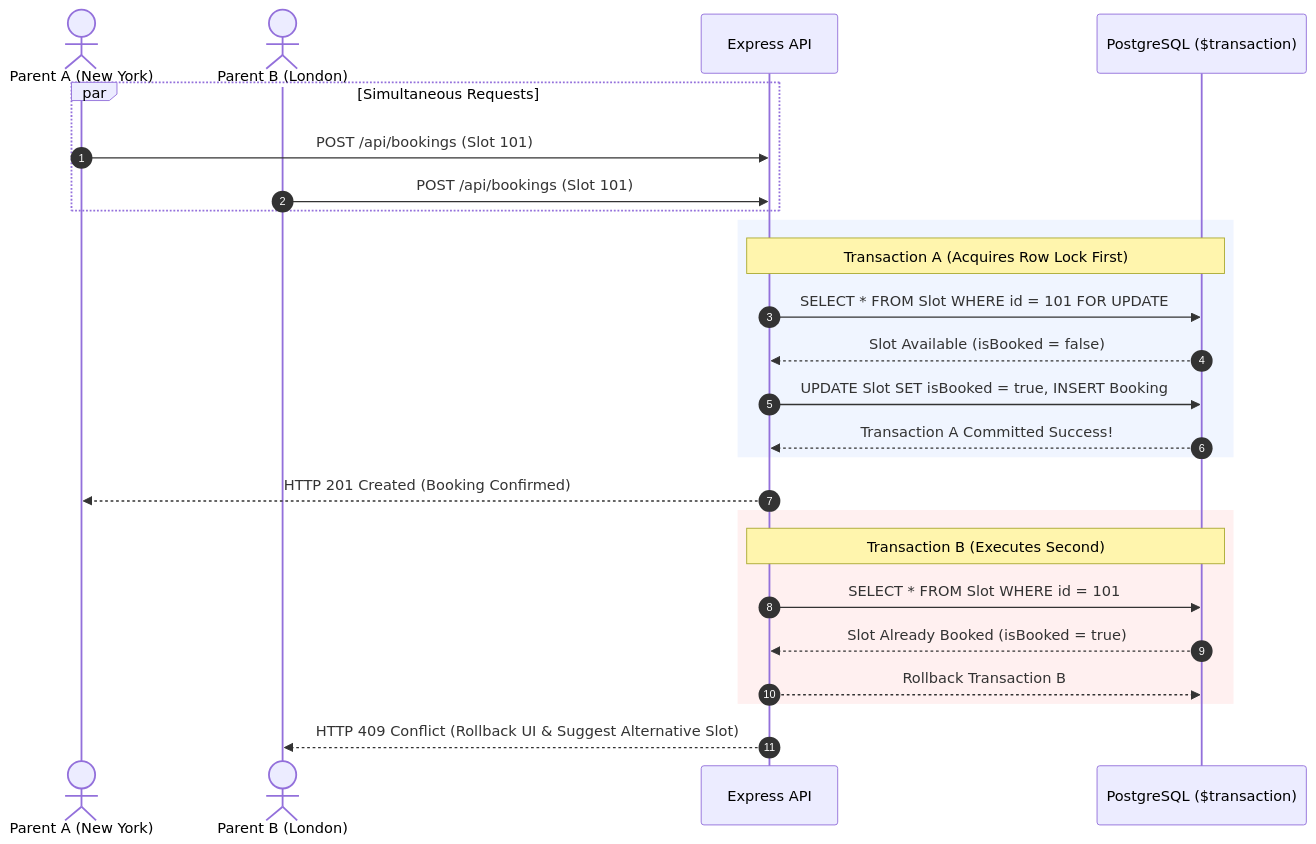
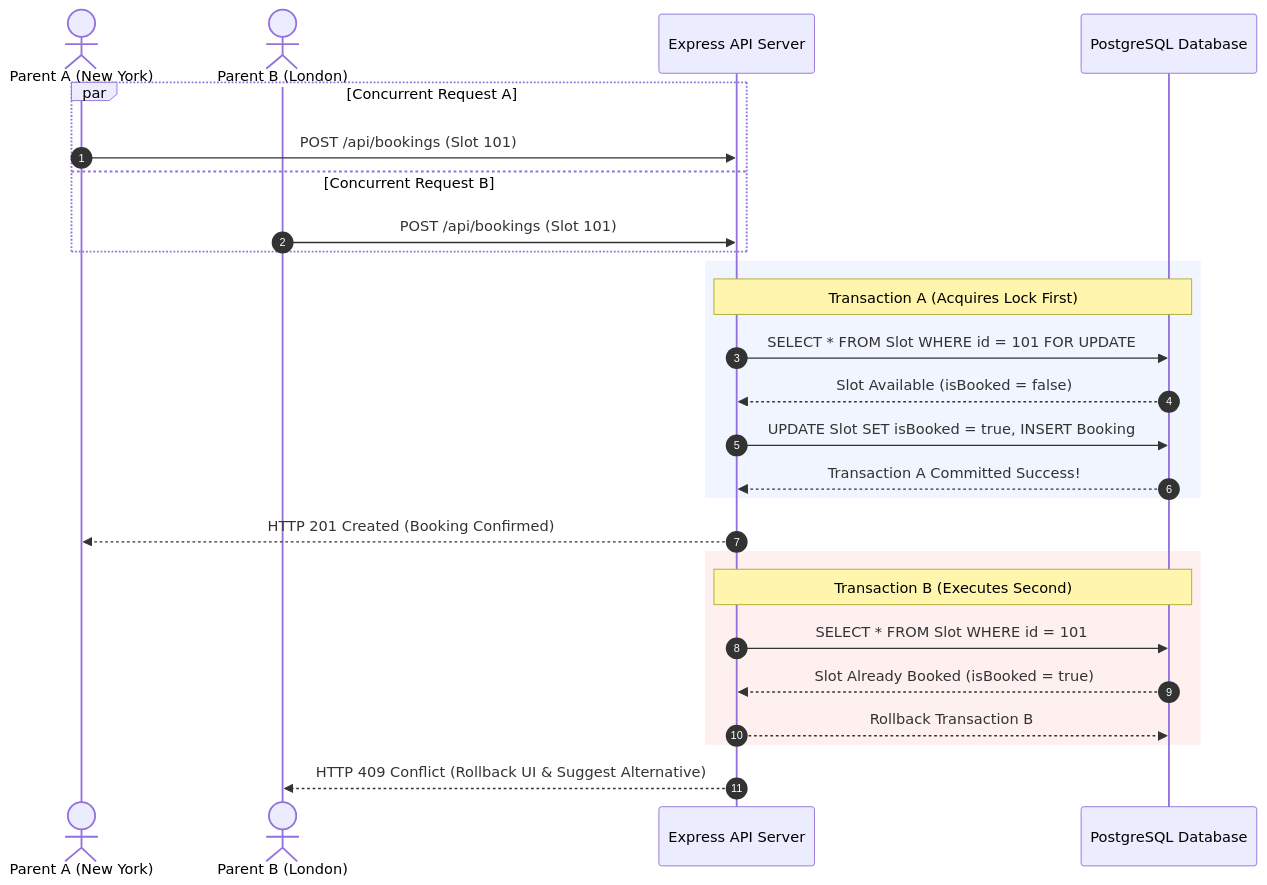
One commit to premgouda1916/codeyoung-trial-booking changed the third of 3 diagrams in README.md. Above: the diagram before and after it, drawn with Mermaid. The commit also changed other lines of this file and 1 other file, not shown here.

First line of the commit message:
docs: update README with comprehensive system documentation and architecture diagrams

````diff
--- a/README.md
+++ b/README.md
@@ -125,32 +126,33 @@
 ```mermaid
 sequenceDiagram
     autonumber
     actor ParentA as Parent A (New York)
     actor ParentB as Parent B (London)
-    participant Server as Express API
-    participant DB as PostgreSQL ($transaction)
+    participant Server as Express API Server
+    participant DB as PostgreSQL Database
 
-    par Simultaneous Requests
+    par Concurrent Request A
         ParentA->>Server: POST /api/bookings (Slot 101)
+    and Concurrent Request B
         ParentB->>Server: POST /api/bookings (Slot 101)
     end
 
     rect rgb(240, 245, 255)
-        Note over Server,DB: Transaction A (Acquires Row Lock First)
+        Note over Server,DB: Transaction A (Acquires Lock First)
         Server->>DB: SELECT * FROM Slot WHERE id = 101 FOR UPDATE
         DB-->>Server: Slot Available (isBooked = false)
         Server->>DB: UPDATE Slot SET isBooked = true, INSERT Booking
         DB-->>Server: Transaction A Committed Success!
     end
 
     Server-->>ParentA: HTTP 201 Created (Booking Confirmed)
 
     rect rgb(255, 240, 240)
         Note over Server,DB: Transaction B (Executes Second)
         Server->>DB: SELECT * FROM Slot WHERE id = 101
         DB-->>Server: Slot Already Booked (isBooked = true)
         Server-->>DB: Rollback Transaction B
     end
 
-    Server-->>ParentB: HTTP 409 Conflict (Rollback UI & Suggest Alternative Slot)
+    Server-->>ParentB: HTTP 409 Conflict (Rollback UI & Suggest Alternative)
 ```
````
